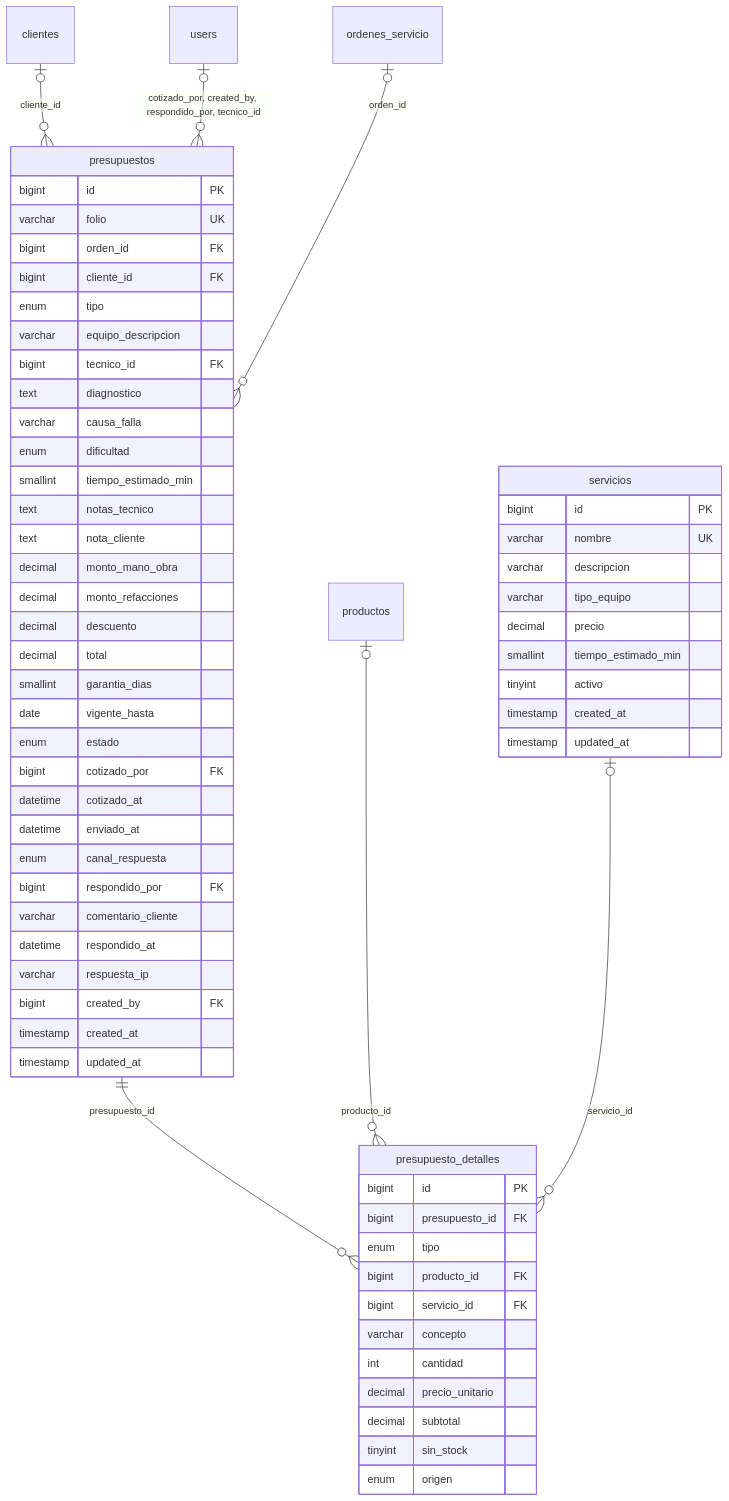
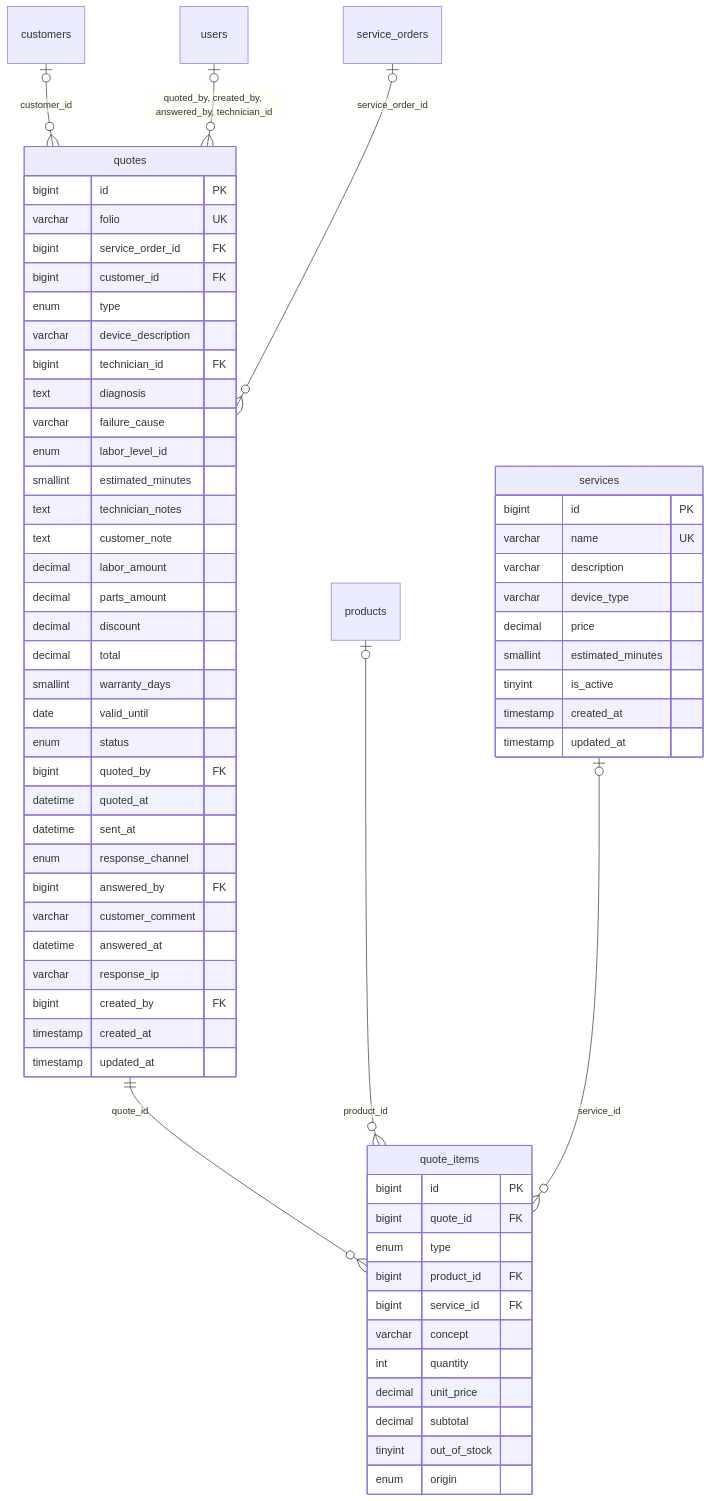
One commit to dianaaochoa/SHURI-Sistema-Gestion changed the fifth of 8 diagrams in backend/README.md. Above: the diagram before and after it, drawn with Mermaid. The commit also changed other lines of this file and 1 other file, not shown here.

````diff
--- a/backend/README.md
+++ b/backend/README.md
@@ -406,66 +406,66 @@
 ```mermaid
 erDiagram
-    presupuestos {
+    quotes {
         bigint id PK
         varchar folio UK
-        bigint orden_id FK
-        bigint cliente_id FK
-        enum tipo
-        varchar equipo_descripcion
-        bigint tecnico_id FK
-        text diagnostico
-        varchar causa_falla
-        enum dificultad
-        smallint tiempo_estimado_min
-        text notas_tecnico
-        text nota_cliente
-        decimal monto_mano_obra
-        decimal monto_refacciones
-        decimal descuento
+        bigint service_order_id FK
+        bigint customer_id FK
+        enum type
+        varchar device_description
+        bigint technician_id FK
+        text diagnosis
+        varchar failure_cause
+        enum labor_level_id
+        smallint estimated_minutes
+        text technician_notes
+        text customer_note
+        decimal labor_amount
+        decimal parts_amount
+        decimal discount
         decimal total
-        smallint garantia_dias
-        date vigente_hasta
-        enum estado
-        bigint cotizado_por FK
-        datetime cotizado_at
-        datetime enviado_at
-        enum canal_respuesta
-        bigint respondido_por FK
-        varchar comentario_cliente
-        datetime respondido_at
-        varchar respuesta_ip
+        smallint warranty_days
+        date valid_until
+        enum status
+        bigint quoted_by FK
+        datetime quoted_at
+        datetime sent_at
+        enum response_channel
+        bigint answered_by FK
+        varchar customer_comment
+        datetime answered_at
+        varchar response_ip
         bigint created_by FK
         timestamp created_at
         timestamp updated_at
     }
-    presupuesto_detalles {
+    quote_items {
         bigint id PK
-        bigint presupuesto_id FK
-        enum tipo
-        bigint producto_id FK
-        bigint servicio_id FK
-        varchar concepto
-        int cantidad
-        decimal precio_unitario
+        bigint quote_id FK
+        enum type
+        bigint product_id FK
+        bigint service_id FK
+        varchar concept
+        int quantity
+        decimal unit_price
         decimal subtotal
-        tinyint sin_stock
-        enum origen
+        tinyint out_of_stock
+        enum origin
     }
-    servicios {
+    services {
         bigint id PK
-        varchar nombre UK
-        varchar descripcion
-        varchar tipo_equipo
-        decimal precio
-        smallint tiempo_estimado_min
-        tinyint activo
+        varchar name UK
+        varchar description
+        varchar device_type
+        decimal price
+        smallint estimated_minutes
+        tinyint is_active
         timestamp created_at
         timestamp updated_at
     }
-    clientes |o--o{ presupuestos : "cliente_id"
-    users |o--o{ presupuestos : "cotizado_por, created_by, respondido_por, tecnico_id"
-    ordenes_servicio |o--o{ presupuestos : "orden_id"
-    presupuestos ||--o{ presupuesto_detalles : "presupuesto_id"
-    productos |o--o{ presupuesto_detalles : "producto_id"
-    servicios |o--o{ presupuesto_detalles : "servicio_id"
+    customers |o--o{ quotes : "customer_id"
+    users |o--o{ quotes : "quoted_by, created_by, answered_by, technician_id"
+    service_orders |o--o{ quotes : "service_order_id"
+    quotes ||--o{ quote_items : "quote_id"
+    products |o--o{ quote_items : "product_id"
+    services |o--o{ quote_items : "service_id"
 ```
````
